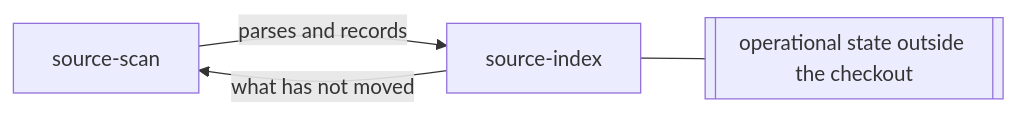
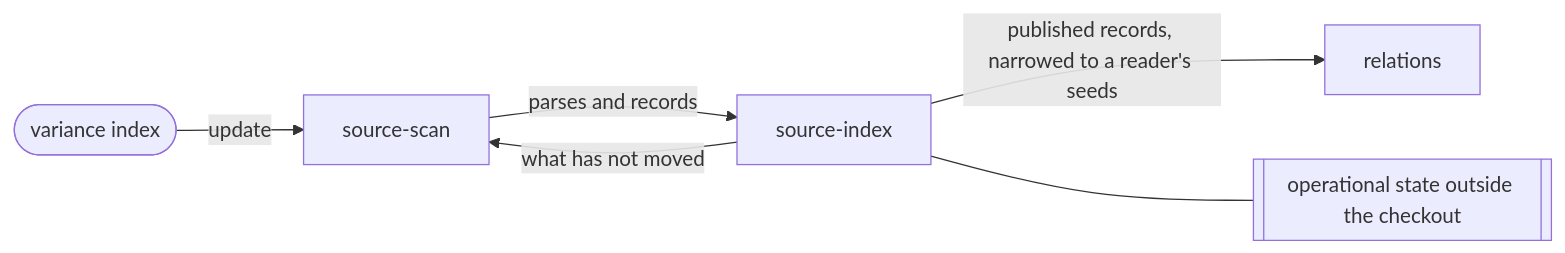
One commit to Variance-Authority/variance-authority changed the diagram in .compass/variance-authority/reach/source-index/README.md. Above: the diagram before and after it, drawn with Mermaid. The commit also changed other lines of this file and 15 other files, not shown here.

First line of the commit message:
feat(index): a worktree starts from the primary checkout's index, and a file nobody could read is published

````diff
--- a/.compass/variance-authority/reach/source-index/README.md
+++ b/.compass/variance-authority/reach/source-index/README.md
@@ -56,6 +61,8 @@
 ```mermaid
 flowchart LR
-  SCAN[source-scan] -->|parses and records| IDX[source-index]
+  STEP([variance index]) -->|update| SCAN[source-scan]
+  SCAN -->|parses and records| IDX[source-index]
   IDX -->|what has not moved| SCAN
+  IDX -->|published records, narrowed to a reader's seeds| REL[relations]
   IDX --- DISK[[operational state outside the checkout]]
 ```
````
